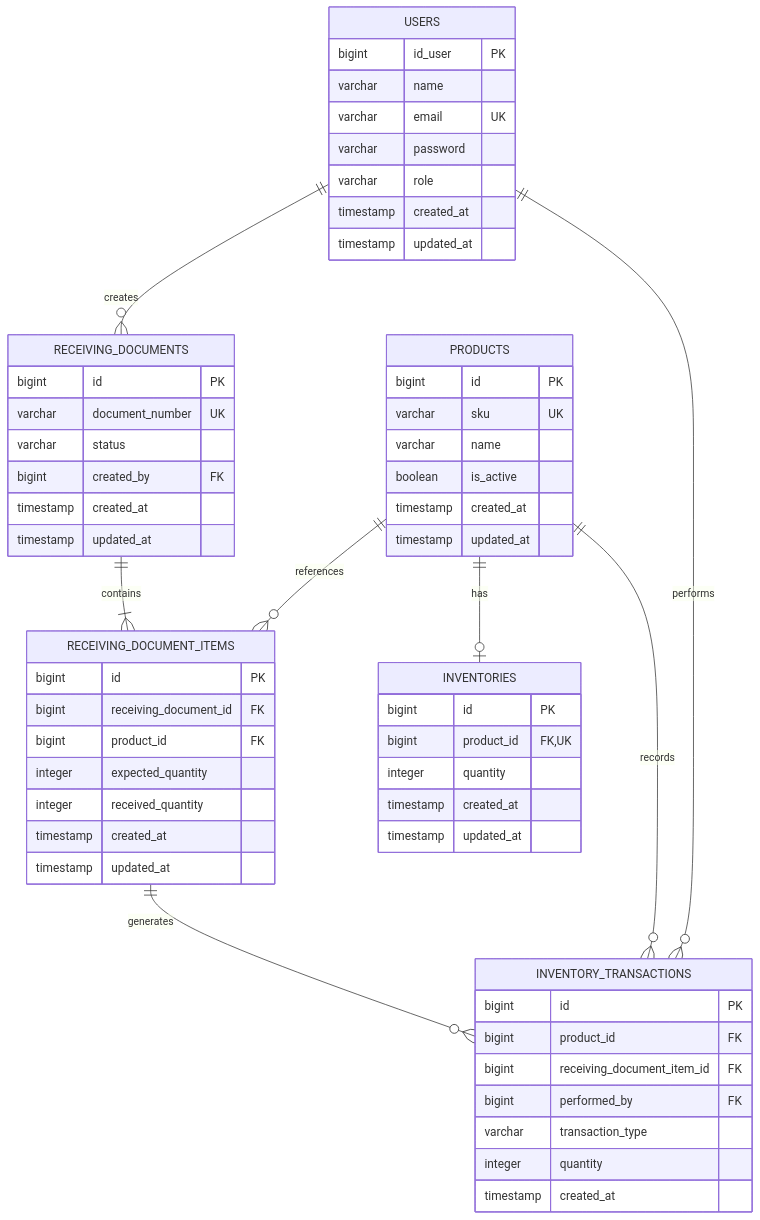
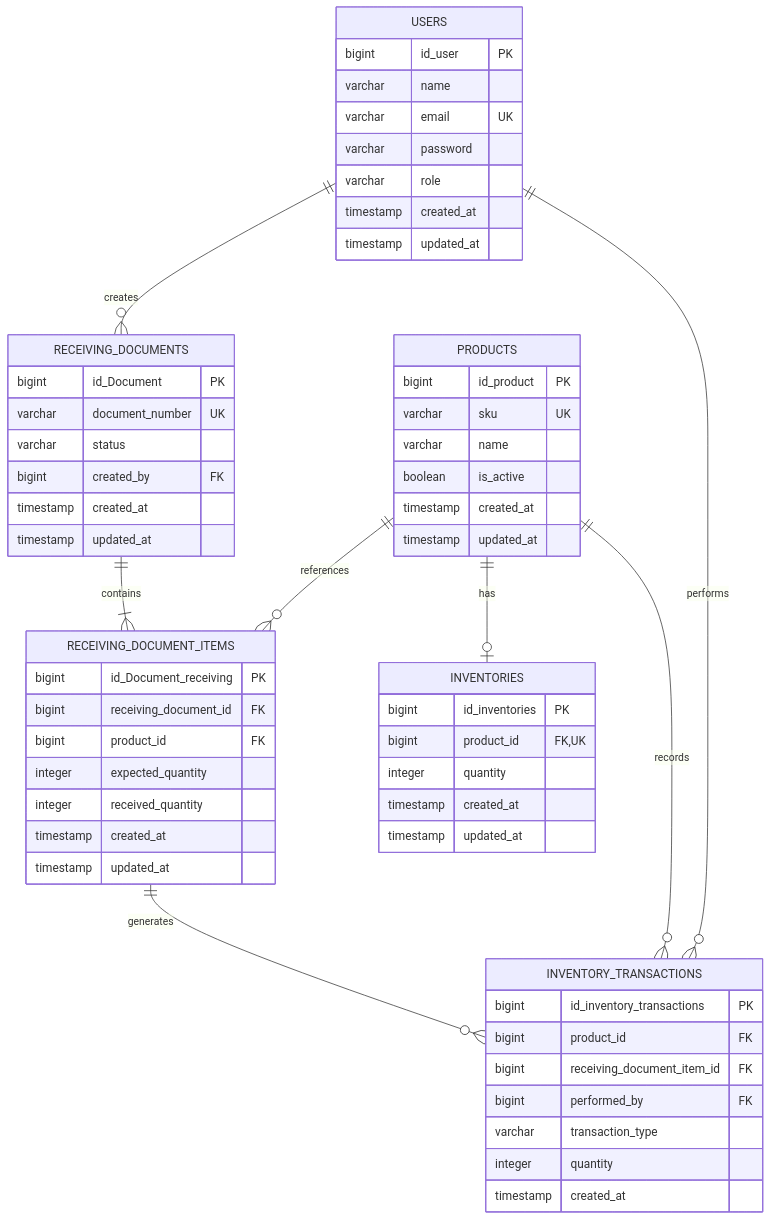
Before and after one commit to giaberlian19/Warehouse-Receiving-System-: the diagram in docs/erd.md, drawn with Mermaid.

Commit message:
Update ERD part 2

````diff
--- a/docs/erd.md
+++ b/docs/erd.md
@@ -8,69 +8,69 @@
 ```mermaid
 erDiagram
     USERS ||--o{ RECEIVING_DOCUMENTS : creates
     USERS ||--o{ INVENTORY_TRANSACTIONS : performs
 
     RECEIVING_DOCUMENTS ||--|{ RECEIVING_DOCUMENT_ITEMS : contains
 
     PRODUCTS ||--o{ RECEIVING_DOCUMENT_ITEMS : references
     PRODUCTS ||--o| INVENTORIES : has
     PRODUCTS ||--o{ INVENTORY_TRANSACTIONS : records
 
     RECEIVING_DOCUMENT_ITEMS ||--o{ INVENTORY_TRANSACTIONS : generates
 
     USERS {
         bigint id_user PK
         varchar name
         varchar email UK
         varchar password
         varchar role
         timestamp created_at
         timestamp updated_at
     }
 
     PRODUCTS {
-        bigint id PK
+        bigint id_product PK
         varchar sku UK
         varchar name
         boolean is_active
         timestamp created_at
         timestamp updated_at
     }
 
     RECEIVING_DOCUMENTS {
-        bigint id PK
+        bigint id_Document PK
         varchar document_number UK
         varchar status
         bigint created_by FK
         timestamp created_at
         timestamp updated_at
     }
 
     RECEIVING_DOCUMENT_ITEMS {
-        bigint id PK
+        bigint id_Document_receiving PK
         bigint receiving_document_id FK
         bigint product_id FK
         integer expected_quantity
         integer received_quantity
         timestamp created_at
         timestamp updated_at
     }
 
     INVENTORIES {
-        bigint id PK
+        bigint id_inventories PK
         bigint product_id FK, UK
         integer quantity
         timestamp created_at
         timestamp updated_at
     }
 
     INVENTORY_TRANSACTIONS {
-        bigint id PK
+        bigint id_inventory_transactions PK
         bigint product_id FK
         bigint receiving_document_item_id FK
         bigint performed_by FK
         varchar transaction_type
         integer quantity
         timestamp created_at
     }
 ```
````
